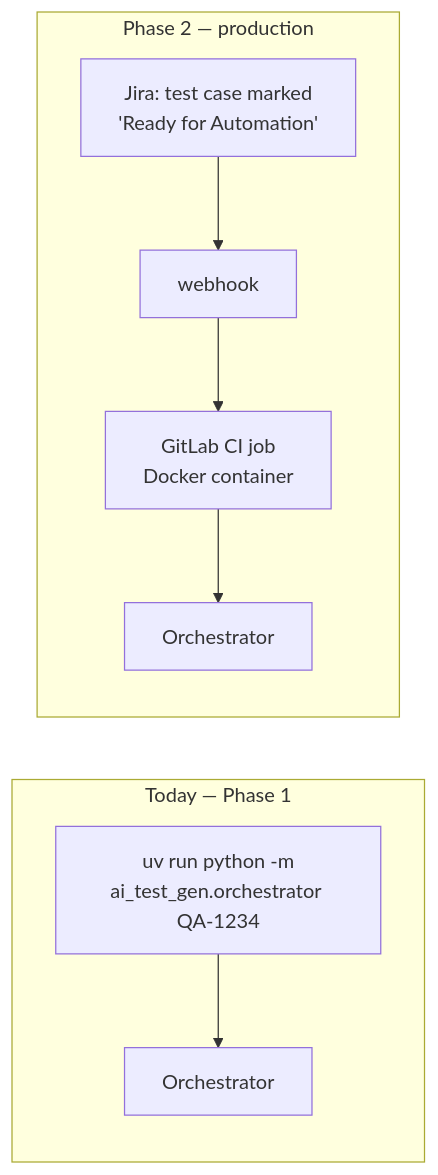
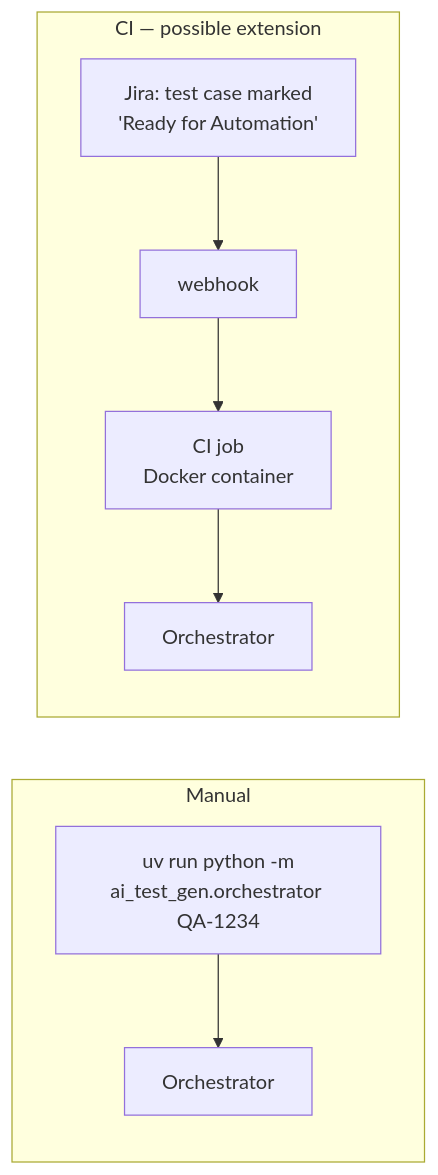
The third of 3 diagrams in docs/WORKFLOW.md (jpucic00/agentic-test-automation), drawn with Mermaid before and after one commit. The commit also changed other lines of this file and 5 other files, not shown here.

````diff
--- a/docs/WORKFLOW.md
+++ b/docs/WORKFLOW.md
@@ -97,9 +99,9 @@
 ```mermaid
 flowchart LR
-    subgraph now[" Today — Phase 1 "]
+    subgraph now[" Manual "]
         CLI["uv run python -m<br/>ai_test_gen.orchestrator QA-1234"] --> ORCH1[Orchestrator]
     end
-    subgraph later[" Phase 2 — production "]
-        JIRA["Jira: test case marked<br/>'Ready for Automation'"] --> HOOK[webhook] --> CI["GitLab CI job<br/>Docker container"] --> ORCH2[Orchestrator]
+    subgraph later[" CI — possible extension "]
+        JIRA["Jira: test case marked<br/>'Ready for Automation'"] --> HOOK[webhook] --> CI["CI job<br/>Docker container"] --> ORCH2[Orchestrator]
     end
 ```
````
